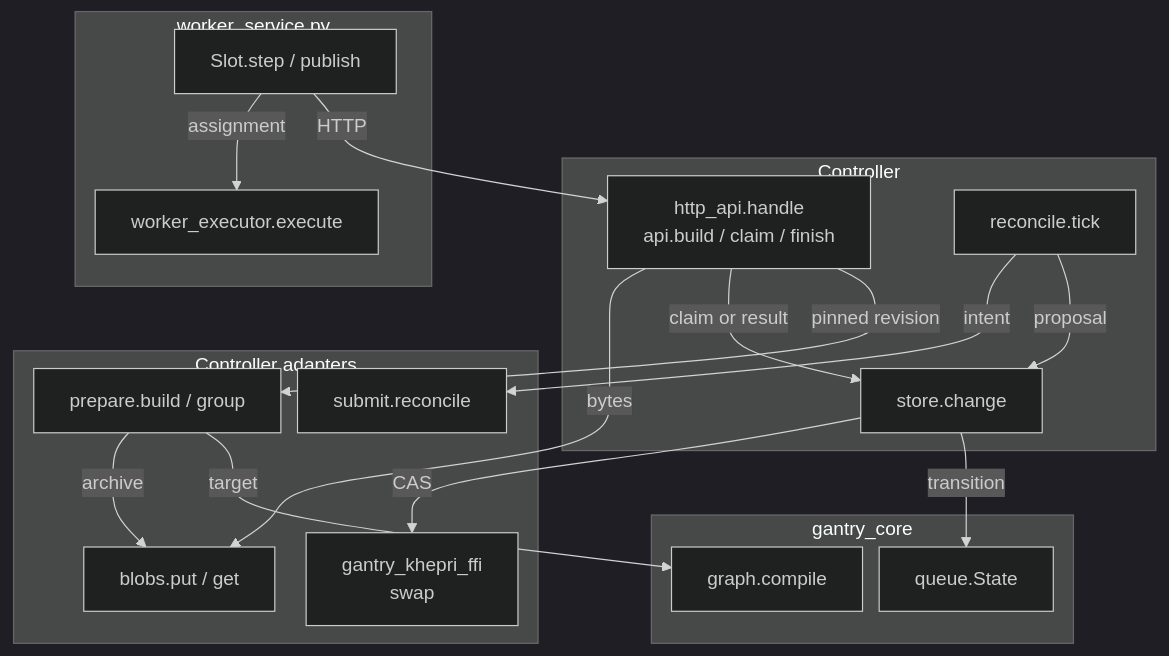
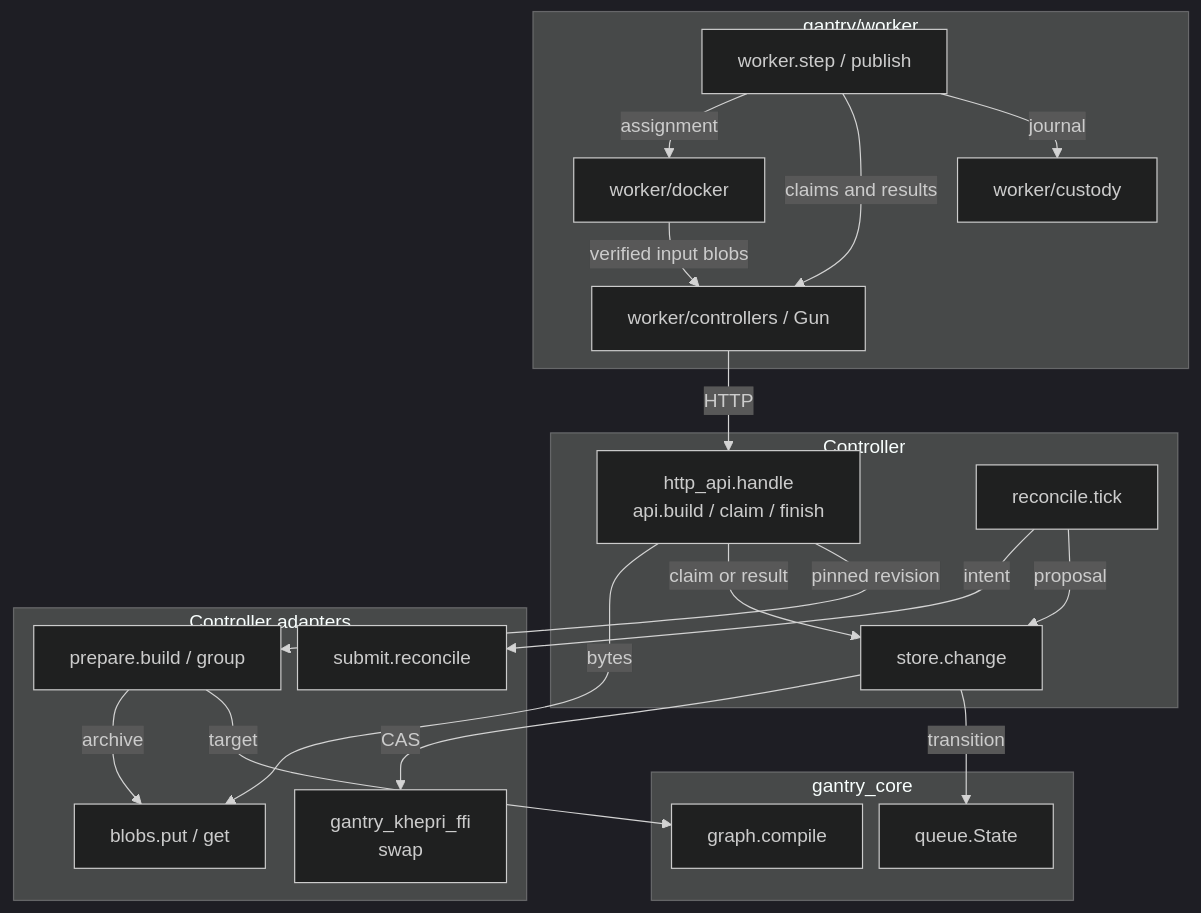
The first of 7 diagrams in docs/architecture/runtime.md (Roasbeef/gantry), drawn with Mermaid (dark theme) before and after one commit. The commit also changed other lines of this file and 30 other files, not shown here.

````diff
--- a/docs/architecture/runtime.md
+++ b/docs/architecture/runtime.md
@@ -16,34 +16,39 @@
 ```mermaid
 %%{init: {"flowchart": {"nodeSpacing": 14, "rankSpacing": 30}} }%%
 flowchart TB
     subgraph controller["Controller"]
         API["http_api.handle<br/>api.build / claim / finish"]
         REC["reconcile.tick"]
         TX["store.change"]
     end
     subgraph core["gantry_core"]
         GRAPH["graph.compile"]
         QUEUE["queue.State"]
     end
-    subgraph worker["worker_service.py"]
-        SLOT["Slot.step / publish"]
-        EXEC["worker_executor.execute"]
+    subgraph worker["gantry/worker"]
+        SLOT["worker.step / publish"]
+        CUSTODY["worker/custody"]
+        EXEC["worker/docker"]
+        NET["worker/controllers / Gun"]
     end
     subgraph adapters["Controller adapters"]
         PREP["prepare.build / group"]
         RA["gantry_khepri_ffi<br/>swap"]
         BLOB["blobs.put / get"]
         GIT["submit.reconcile"]
     end
     API -->|"pinned revision"| PREP
     PREP -->|"target"| GRAPH
     PREP -->|"archive"| BLOB
     API -->|"claim or result"| TX
     TX -->|"transition"| QUEUE
     TX -->|"CAS"| RA
     REC -->|"proposal"| TX
     REC -->|"intent"| GIT
-    SLOT -->|"HTTP"| API
+    SLOT -->|"journal"| CUSTODY
+    SLOT -->|"claims and results"| NET
     SLOT -->|"assignment"| EXEC
+    EXEC -->|"verified input blobs"| NET
+    NET -->|"HTTP"| API
     API -->|"bytes"| BLOB
 ```
````
